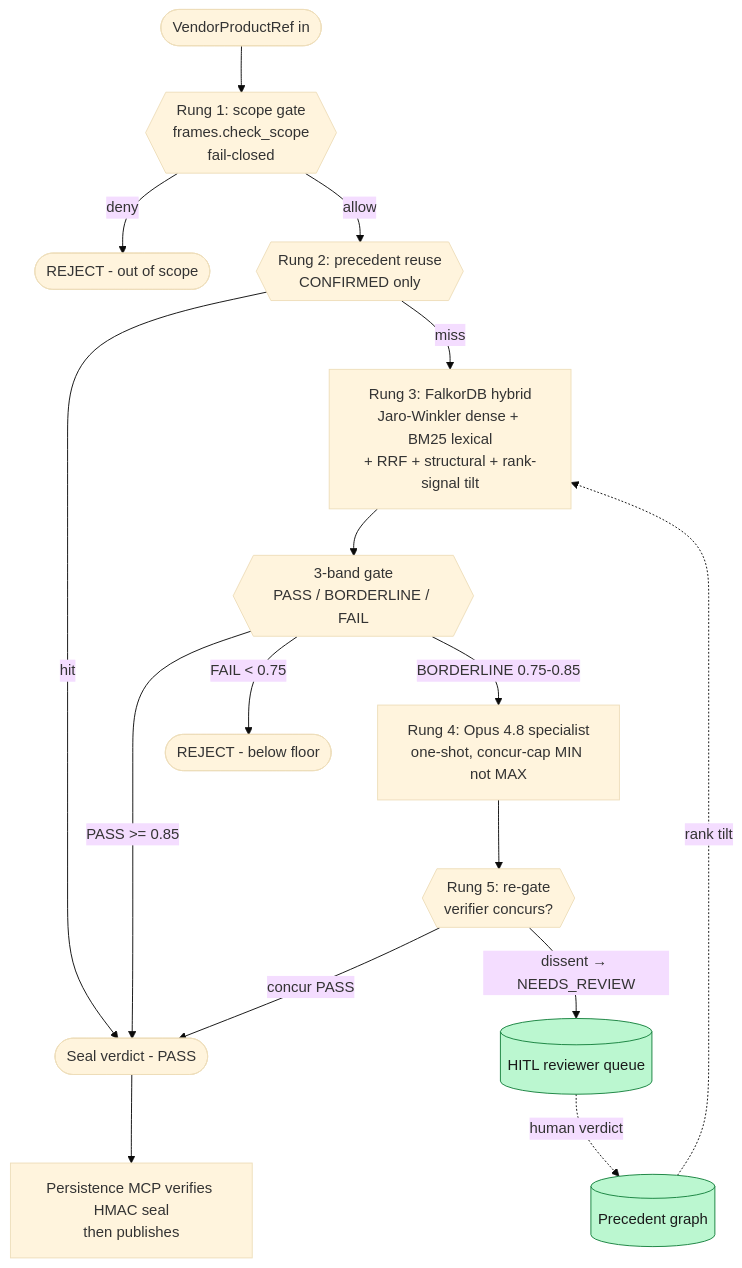
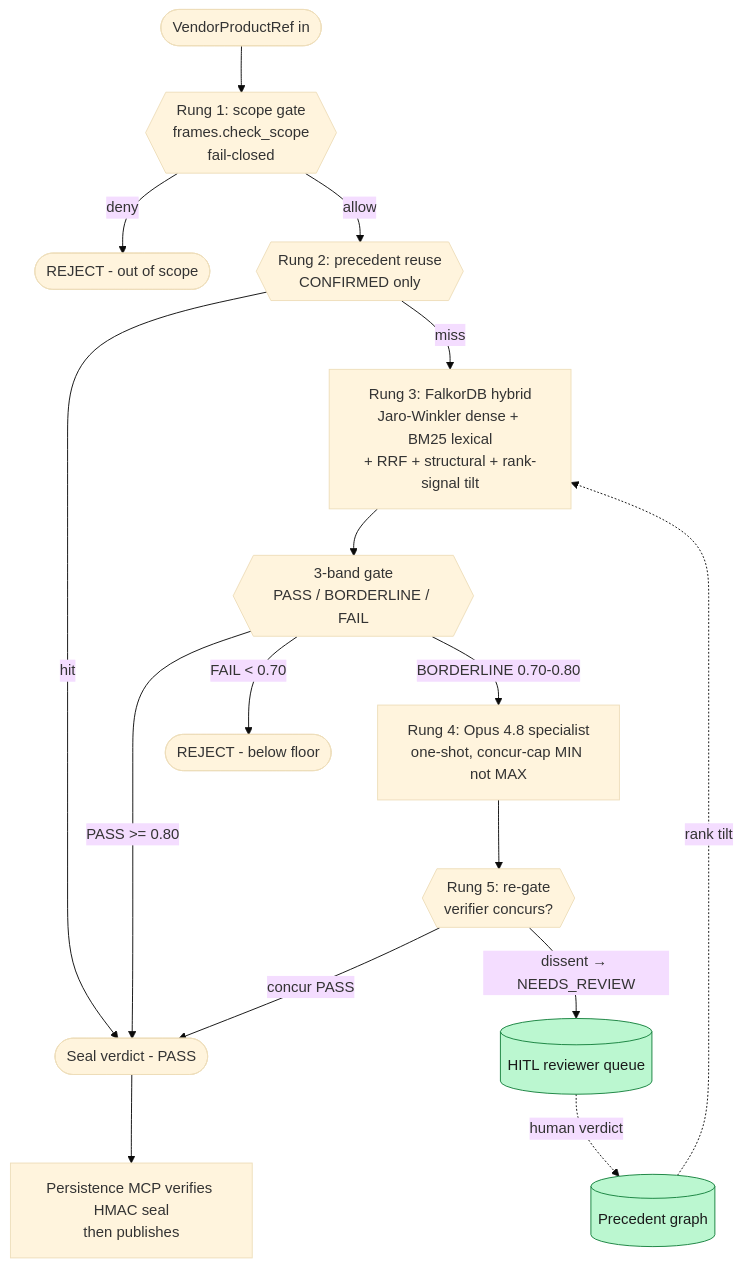
One commit to 2096955/MatchMaker changed the second of 5 diagrams in README.md. Above: the diagram before and after it, drawn with Mermaid (base theme). The commit also changed 7 other files, not shown here.

````diff
--- a/README.md
+++ b/README.md
@@ -129,21 +129,21 @@
 ```mermaid
 flowchart TD
     start([VendorProductRef in]) --> r1{{Rung 1: scope gate<br/>frames.check_scope<br/>fail-closed}}
     r1 -->|deny| fail_scope([REJECT - out of scope])
     r1 -->|allow| r2{{Rung 2: precedent reuse<br/>CONFIRMED only}}
     r2 -->|hit| seal([Seal verdict - PASS])
     r2 -->|miss| r3[Rung 3: FalkorDB hybrid<br/>Jaro-Winkler dense + BM25 lexical<br/>+ RRF + structural + rank-signal tilt]
     r3 --> band{{3-band gate<br/>PASS / BORDERLINE / FAIL}}
-    band -->|PASS >= 0.85| seal
-    band -->|FAIL < 0.75| fail_low([REJECT - below floor])
-    band -->|BORDERLINE 0.75-0.85| r4[Rung 4: Opus 4.8 specialist<br/>one-shot, concur-cap MIN not MAX]
+    band -->|PASS >= 0.80| seal
+    band -->|FAIL < 0.70| fail_low([REJECT - below floor])
+    band -->|BORDERLINE 0.70-0.80| r4[Rung 4: Opus 4.8 specialist<br/>one-shot, concur-cap MIN not MAX]
     r4 --> r5{{Rung 5: re-gate<br/>verifier concurs?}}
     r5 -->|concur PASS| seal
     r5 -->|dissent → NEEDS_REVIEW| queue[(HITL reviewer queue)]
     seal --> persist[Persistence MCP verifies HMAC seal<br/>then publishes]
     queue -.human verdict.-> precedent[(Precedent graph)]
     precedent -.rank tilt.-> r3
 
     classDef hitl fill:#bbf7d0,stroke:#15803d,color:#1a1a1a
     class queue,precedent hitl
 ```
````
